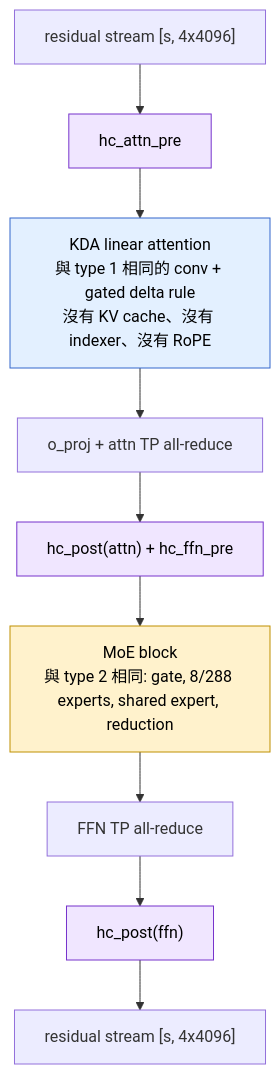
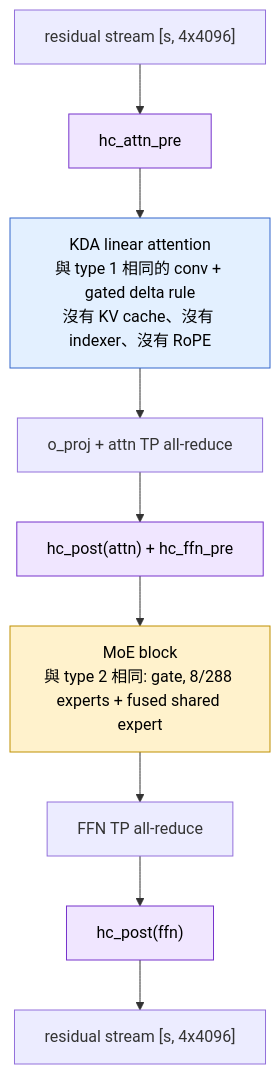
One commit to Jacob0226/AgentSkill changed the fourth of 4 diagrams in GLM5.3-Flash/layer-structure.md. Above: the diagram before and after it, drawn with Mermaid. The commit also changed other lines of this file and 5 other files, not shown here.

````diff
--- a/GLM5.3-Flash/layer-structure.md
+++ b/GLM5.3-Flash/layer-structure.md
@@ -116,16 +120,16 @@
 ```mermaid
 flowchart TD
     IN["residual stream [s, 4x4096]"] --> HP1["hc_attn_pre"]
     HP1 --> KDA["KDA linear attention<br/>與 type 1 相同的 conv + gated delta rule<br/>沒有 KV cache、沒有 indexer、沒有 RoPE"]
     KDA --> AR1["o_proj + attn TP all-reduce"]
     AR1 --> HQ1["hc_post(attn) + hc_ffn_pre"]
-    HQ1 --> MOE["MoE block<br/>與 type 2 相同: gate, 8/288 experts, shared expert, reduction"]
+    HQ1 --> MOE["MoE block<br/>與 type 2 相同: gate, 8/288 experts + fused shared expert"]
     MOE --> AR2["FFN TP all-reduce"] --> HQ2["hc_post(ffn)"] --> OUT["residual stream [s, 4x4096]"]
 
     classDef hc fill:#f0e6ff,stroke:#7733cc,color:#000
     classDef kda fill:#e3f0ff,stroke:#3366cc,color:#000
     classDef ffn fill:#fff2cc,stroke:#bf9000,color:#000
     class HP1,HQ1,HQ2 hc
     class KDA kda
     class MOE ffn
 ```
````
